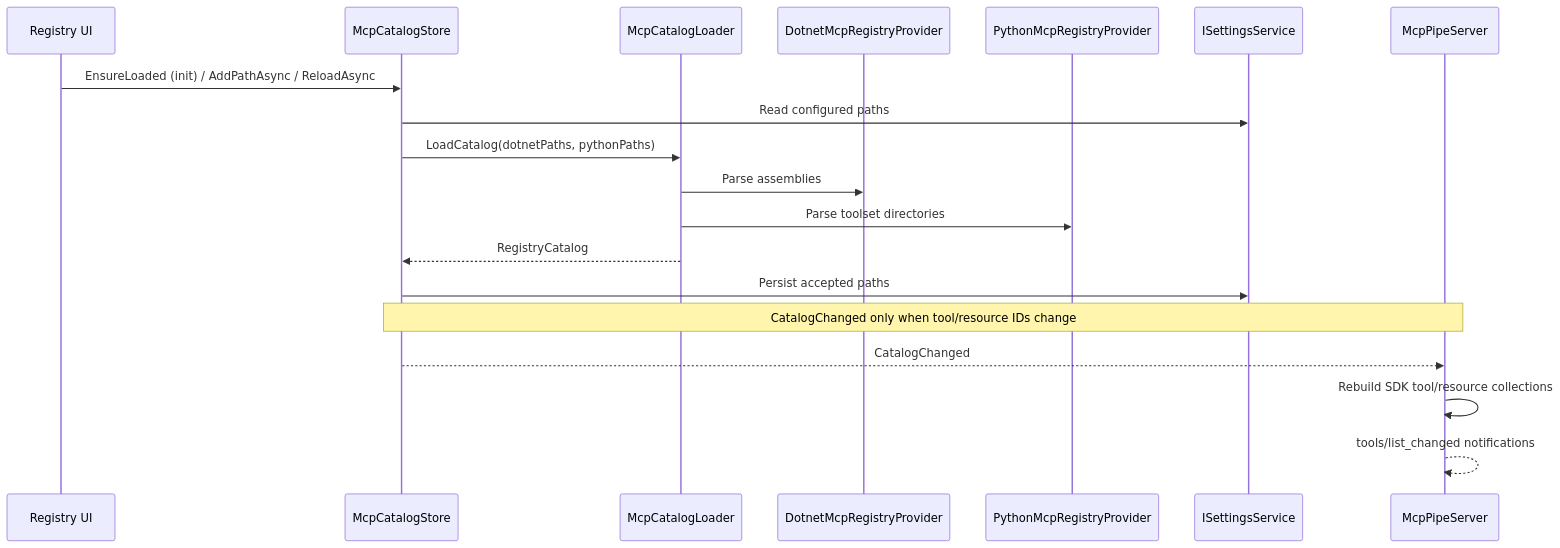
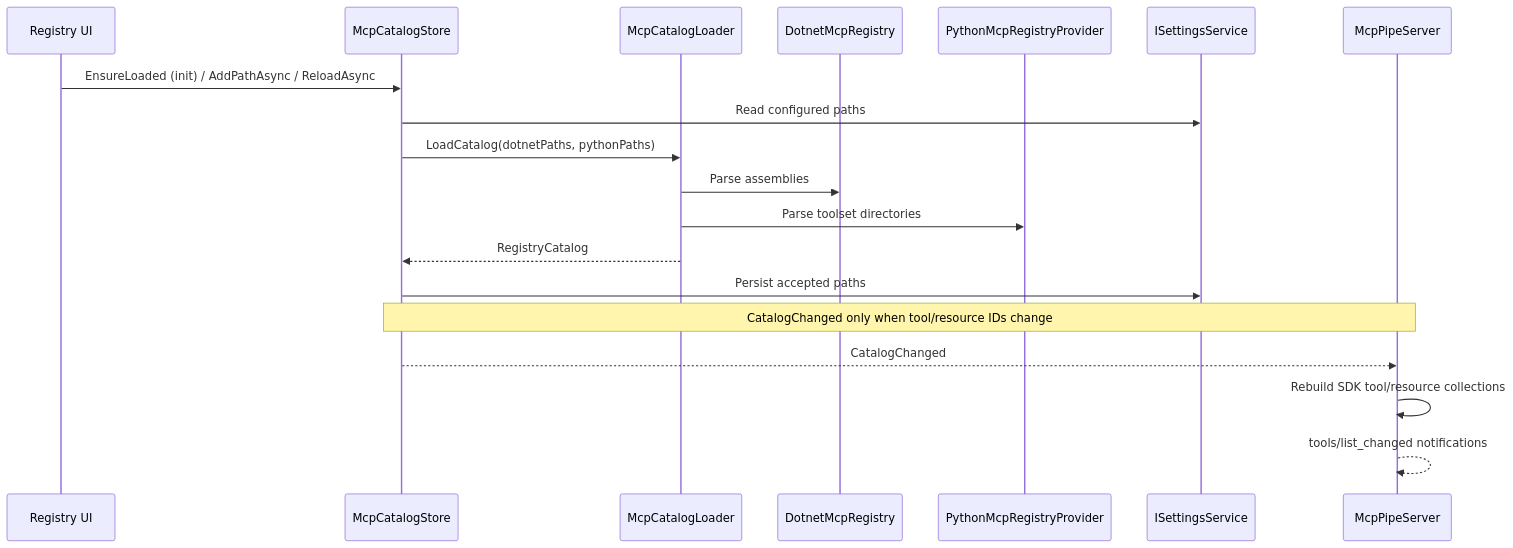
The second of 2 diagrams in docs/architecture/MCP/in-host-runtime.md (trgiangv/RevitDevTool), drawn with Mermaid before and after one commit. The commit also changed other lines of this file and 88 other files, not shown here.

````diff
--- a/docs/architecture/MCP/in-host-runtime.md
+++ b/docs/architecture/MCP/in-host-runtime.md
@@ -42,22 +42,22 @@
 ```mermaid
 sequenceDiagram
     participant UI as Registry UI
     participant Store as McpCatalogStore
     participant Loader as McpCatalogLoader
-    participant Dotnet as DotnetMcpRegistryProvider
+    participant Dotnet as DotnetMcpRegistry
     participant Python as PythonMcpRegistryProvider
     participant Settings as ISettingsService
     participant HostServer as McpPipeServer
 
     UI->>Store: EnsureLoaded (init) / AddPathAsync / ReloadAsync
     Store->>Settings: Read configured paths
     Store->>Loader: LoadCatalog(dotnetPaths, pythonPaths)
     Loader->>Dotnet: Parse assemblies
     Loader->>Python: Parse toolset directories
     Loader-->>Store: RegistryCatalog
     Store->>Settings: Persist accepted paths
     Note over Store,HostServer: CatalogChanged only when tool/resource IDs change
     Store-->>HostServer: CatalogChanged
     HostServer->>HostServer: Rebuild SDK tool/resource collections
     HostServer-->>HostServer: tools/list_changed notifications
 ```
````
